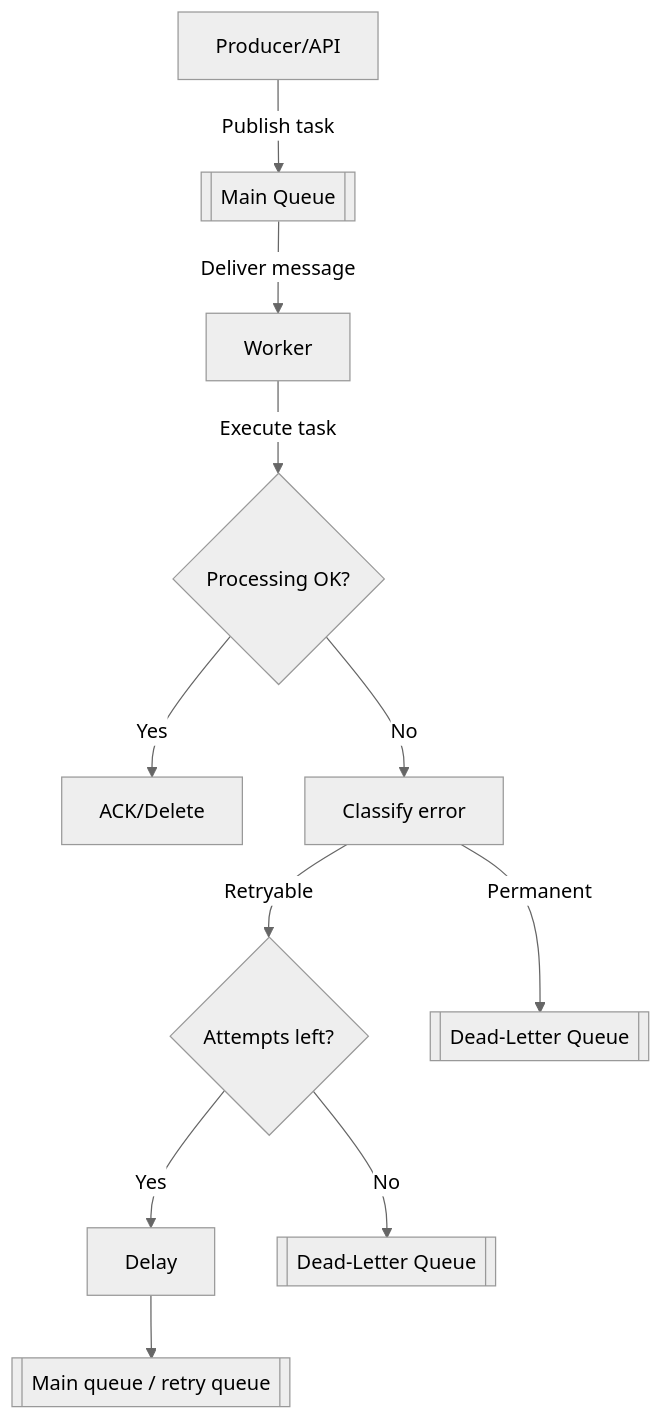
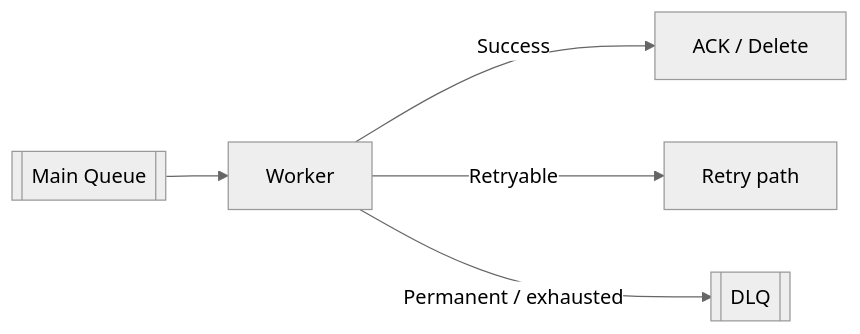
One commit to AvadhBhalodiya/Interview-Preparation changed the second of 7 diagrams in src/content/task-processing/retries-dead-letter-queues.md. Above: the diagram before and after it, drawn with Mermaid (neutral theme). The commit also changed other lines of this file and 80 other files, not shown here.

````diff
--- a/src/content/task-processing/retries-dead-letter-queues.md
+++ b/src/content/task-processing/retries-dead-letter-queues.md
@@ -454,13 +283,7 @@
 ```mermaid
-flowchart TD
-    P["Producer/API"] -->|Publish task| M[[Main Queue]]
-    M -->|Deliver message| W[Worker]
-    W -->|Execute task| OK{Processing OK?}
-    OK -->|Yes| ACK["ACK/Delete"]
-    OK -->|No| CL[Classify error]
-    CL -->|Retryable| AT{Attempts left?}
-    CL -->|Permanent| DLQ1[[Dead-Letter Queue]]
-    AT -->|Yes| DL[Delay]
-    AT -->|No| DLQ2[[Dead-Letter Queue]]
-    DL --> RQ[["Main queue / retry queue"]]
+flowchart LR
+    Q[[Main Queue]] --> W[Worker]
+    W -->|Success| A[ACK / Delete]
+    W -->|Retryable| R[Retry path]
+    W -->|Permanent / exhausted| D[[DLQ]]
 ```
````
